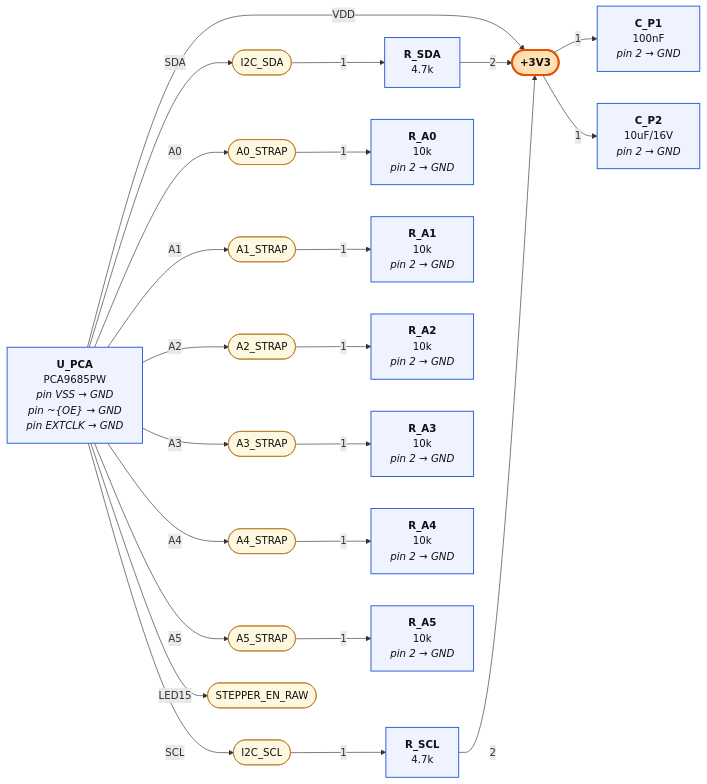
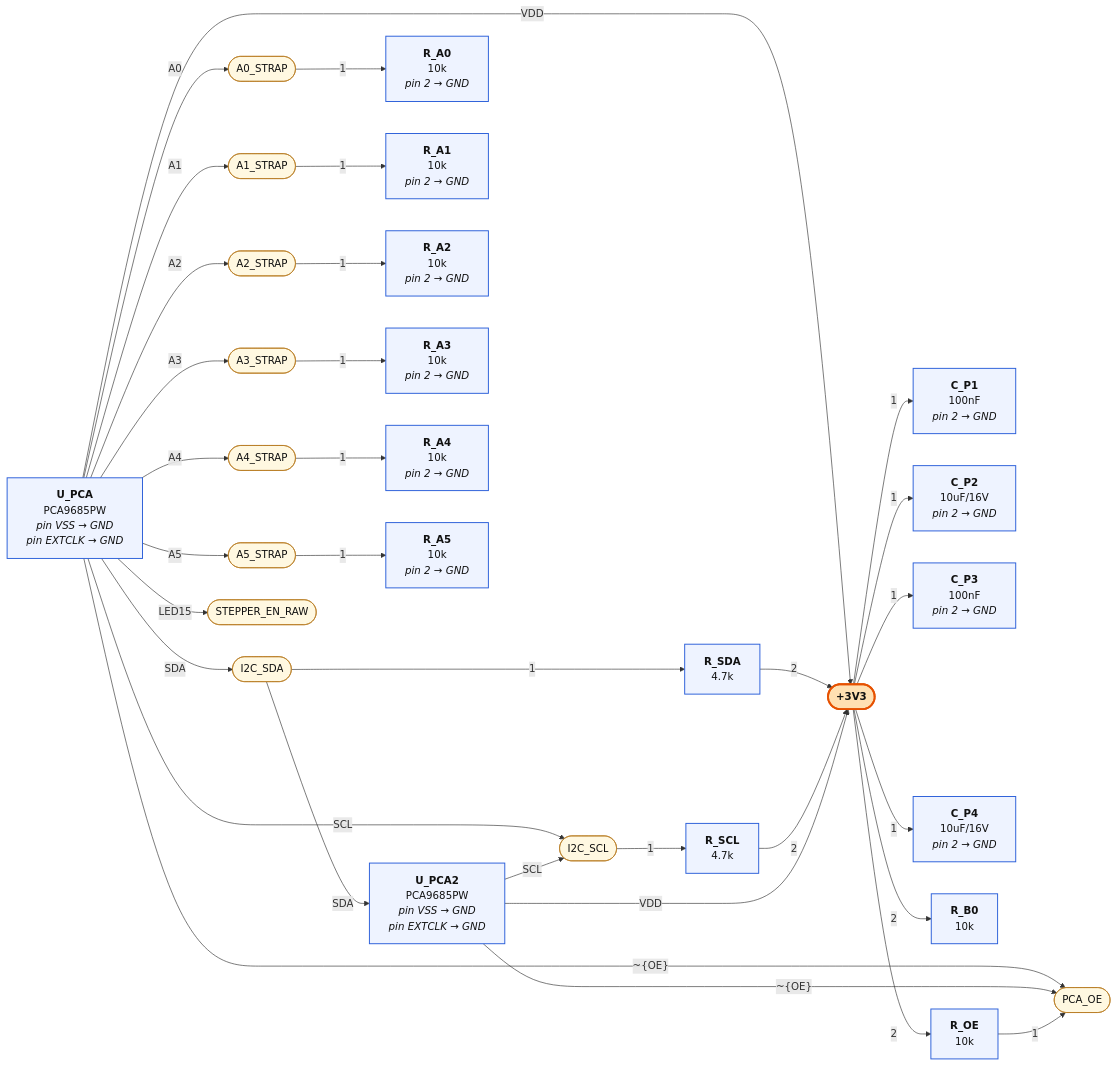
Before and after one commit to mrwillson2u/propmesh: the first of 5 diagrams in hardware/pro/sheets/03-outputs.diagram.md, drawn with Mermaid. The commit also changed other lines of this file and 59 other files, not shown here.

````diff
--- a/hardware/pro/sheets/03-outputs.diagram.md
+++ b/hardware/pro/sheets/03-outputs.diagram.md
@@ -7,53 +7,69 @@
 ```mermaid
 graph LR
   classDef part fill:#eef3ff,stroke:#2b5fd9,stroke-width:1.5px,color:#111
   classDef net fill:#fff8e1,stroke:#b7791f,color:#111
   classDef rail fill:#ffe0b2,stroke:#e65100,stroke-width:3px,color:#111,font-weight:bold
   classDef badnet fill:#ffe0e0,stroke:#c00,stroke-width:3px,color:#111,font-weight:bold
   classDef absent fill:#fff,stroke:#c00,stroke-width:2px,stroke-dasharray:6 4,color:#c00
   classDef extra fill:#ffecec,stroke:#c00,stroke-width:2px,color:#111
   classDef dnp fill:#f5f5f5,stroke:#999,stroke-dasharray:3 3,color:#666
   N_I2C_SDA(["I2C_SDA"]):::net
-  P_U_PCA["<b>U_PCA</b><br/>PCA9685PW<br/><i>pin VSS → GND</i><br/><i>pin ~{OE} → GND</i><br/><i>pin EXTCLK → GND</i>"]:::part
+  P_U_PCA["<b>U_PCA</b><br/>PCA9685PW<br/><i>pin VSS → GND</i><br/><i>pin EXTCLK → GND</i>"]:::part
   P_U_PCA --"SDA"--> N_I2C_SDA
+  P_U_PCA2["<b>U_PCA2</b><br/>PCA9685PW<br/><i>pin VSS → GND</i><br/><i>pin EXTCLK → GND</i>"]:::part
+  N_I2C_SDA --"SDA"--> P_U_PCA2
   P_R_SDA["<b>R_SDA</b><br/>4.7k"]:::part
   N_I2C_SDA --"1"--> P_R_SDA
   N_I2C_SCL(["I2C_SCL"]):::net
   P_U_PCA --"SCL"--> N_I2C_SCL
+  P_U_PCA2 --"SCL"--> N_I2C_SCL
   P_R_SCL["<b>R_SCL</b><br/>4.7k"]:::part
   N_I2C_SCL --"1"--> P_R_SCL
   N__3V3(["+3V3"]):::rail
   P_U_PCA --"VDD"--> N__3V3
   P_R_SDA --"2"--> N__3V3
   P_R_SCL --"2"--> N__3V3
   P_C_P1["<b>C_P1</b><br/>100nF<br/><i>pin 2 → GND</i>"]:::part
   N__3V3 --"1"--> P_C_P1
   P_C_P2["<b>C_P2</b><br/>10uF/16V<br/><i>pin 2 → GND</i>"]:::part
   N__3V3 --"1"--> P_C_P2
+  P_U_PCA2 --"VDD"--> N__3V3
+  P_C_P3["<b>C_P3</b><br/>100nF<br/><i>pin 2 → GND</i>"]:::part
+  N__3V3 --"1"--> P_C_P3
+  P_C_P4["<b>C_P4</b><br/>10uF/16V<br/><i>pin 2 → GND</i>"]:::part
+  N__3V3 --"1"--> P_C_P4
+  P_R_B0["<b>R_B0</b><br/>10k"]:::part
+  N__3V3 --"2"--> P_R_B0
+  P_R_OE["<b>R_OE</b><br/>10k"]:::part
+  N__3V3 --"2"--> P_R_OE
+  N_PCA_OE(["PCA_OE"]):::net
+  P_U_PCA --"~{OE}"--> N_PCA_OE
+  P_U_PCA2 --"~{OE}"--> N_PCA_OE
+  P_R_OE --"1"--> N_PCA_OE
   N_A0_STRAP(["A0_STRAP"]):::net
   P_U_PCA --"A0"--> N_A0_STRAP
   P_R_A0["<b>R_A0</b><br/>10k<br/><i>pin 2 → GND</i>"]:::part
   N_A0_STRAP --"1"--> P_R_A0
   N_A1_STRAP(["A1_STRAP"]):::net
   P_U_PCA --"A1"--> N_A1_STRAP
   P_R_A1["<b>R_A1</b><br/>10k<br/><i>pin 2 → GND</i>"]:::part
   N_A1_STRAP --"1"--> P_R_A1
   N_A2_STRAP(["A2_STRAP"]):::net
   P_U_PCA --"A2"--> N_A2_STRAP
   P_R_A2["<b>R_A2</b><br/>10k<br/><i>pin 2 → GND</i>"]:::part
   N_A2_STRAP --"1"--> P_R_A2
   N_A3_STRAP(["A3_STRAP"]):::net
   P_U_PCA --"A3"--> N_A3_STRAP
   P_R_A3["<b>R_A3</b><br/>10k<br/><i>pin 2 → GND</i>"]:::part
   N_A3_STRAP --"1"--> P_R_A3
   N_A4_STRAP(["A4_STRAP"]):::net
   P_U_PCA --"A4"--> N_A4_STRAP
   P_R_A4["<b>R_A4</b><br/>10k<br/><i>pin 2 → GND</i>"]:::part
   N_A4_STRAP --"1"--> P_R_A4
   N_A5_STRAP(["A5_STRAP"]):::net
   P_U_PCA --"A5"--> N_A5_STRAP
   P_R_A5["<b>R_A5</b><br/>10k<br/><i>pin 2 → GND</i>"]:::part
   N_A5_STRAP --"1"--> P_R_A5
   N_STEPPER_EN_RAW(["STEPPER_EN_RAW"]):::net
   P_U_PCA --"LED15"--> N_STEPPER_EN_RAW
 ```
````
